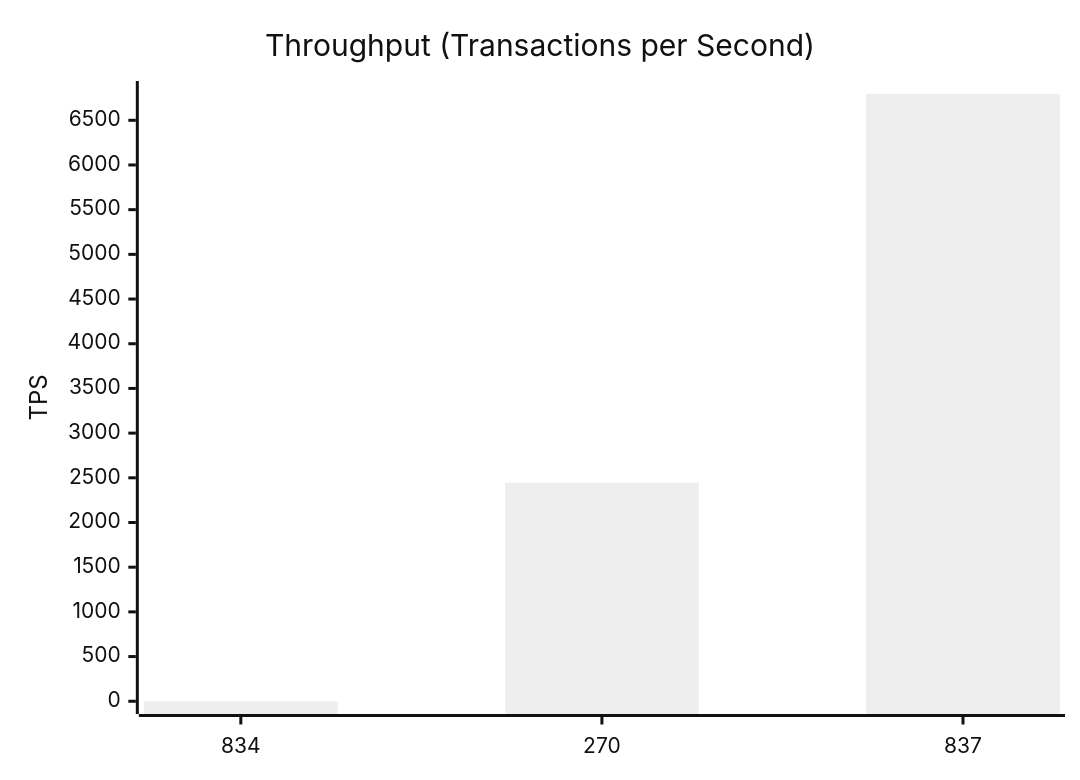
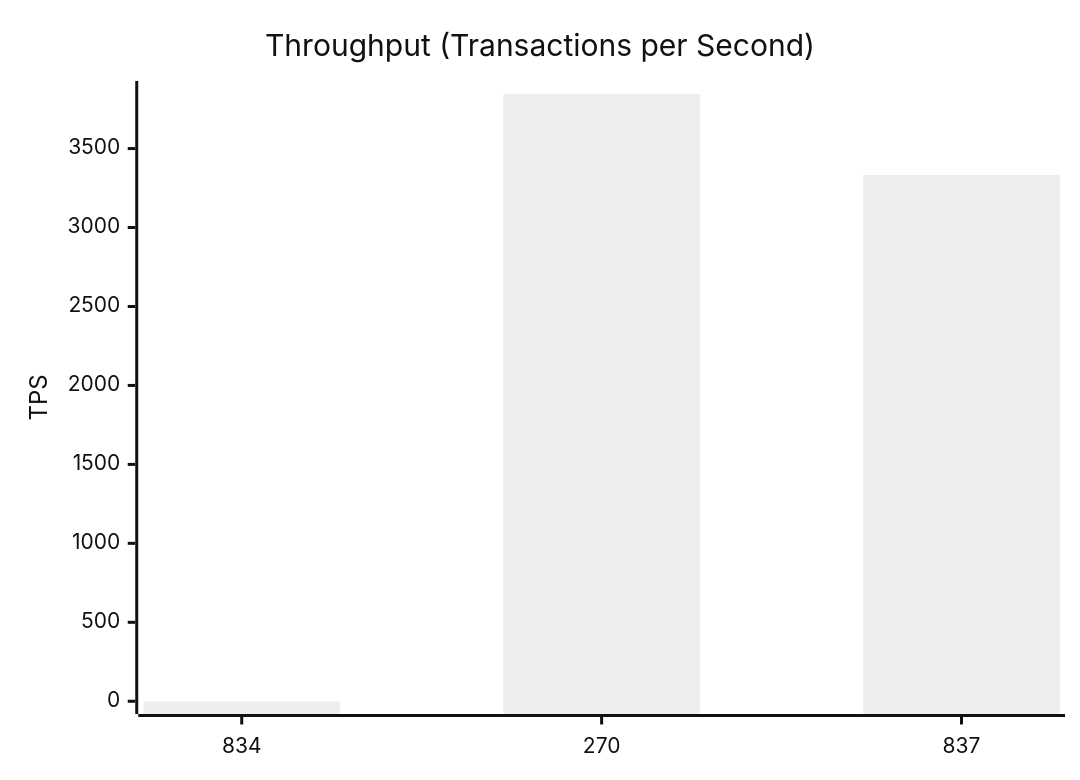
The second of 10 diagrams in test-tools/DataGen/src/Statistics_Visualizer.md (dhagan-va/intern-2025), drawn with Mermaid (neutral theme) before and after one commit. The commit also changed other lines of this file and 3 other files, not shown here.

````diff
--- a/test-tools/DataGen/src/Statistics_Visualizer.md
+++ b/test-tools/DataGen/src/Statistics_Visualizer.md
@@ -28,7 +28,7 @@
 ```mermaid
 xychart-beta
     title "Throughput (Transactions per Second)"
     x-axis ["834", "270", "837"]
-    y-axis "TPS" 0 --> 6796.9179034934195
-    bar [0.0, 2446.722615057131, 6795.9179034934195]
+    y-axis "TPS" 0 --> 3847.153846153846
+    bar [0.0, 3846.153846153846, 3333.0000333300004]
 ```
````
